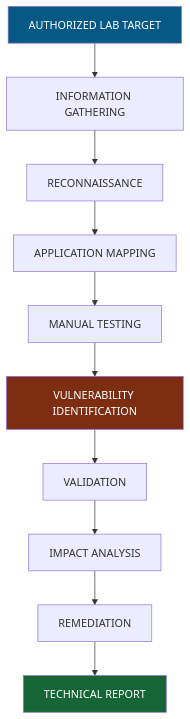
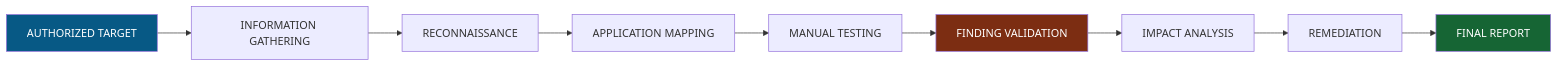
Before and after one commit to GhostMaskR/Web-Application-Basics: the fifth of 5 diagrams in README.md, drawn with Mermaid. The commit also changed other lines of this file, not shown here.

````diff
--- a/README.md
+++ b/README.md
@@ -626,27 +691,15 @@
 ```mermaid
-flowchart TD
-    A["AUTHORIZED LAB TARGET"]
-    B["INFORMATION GATHERING"]
-    C["RECONNAISSANCE"]
-    D["APPLICATION MAPPING"]
-    E["MANUAL TESTING"]
-    F["VULNERABILITY IDENTIFICATION"]
-    G["VALIDATION"]
-    H["IMPACT ANALYSIS"]
-    I["REMEDIATION"]
-    J["TECHNICAL REPORT"]
-
-    A --> B
-    B --> C
-    C --> D
-    D --> E
-    E --> F
-    F --> G
-    G --> H
-    H --> I
-    I --> J
+flowchart LR
+    A["AUTHORIZED TARGET"] --> B["INFORMATION GATHERING"]
+    B --> C["RECONNAISSANCE"]
+    C --> D["APPLICATION MAPPING"]
+    D --> E["MANUAL TESTING"]
+    E --> F["FINDING VALIDATION"]
+    F --> G["IMPACT ANALYSIS"]
+    G --> H["REMEDIATION"]
+    H --> I["FINAL REPORT"]
 
     style A fill:#075985,color:#fff
     style F fill:#7c2d12,color:#fff
-    style J fill:#166534,color:#fff
+    style I fill:#166534,color:#fff
 ```
````
